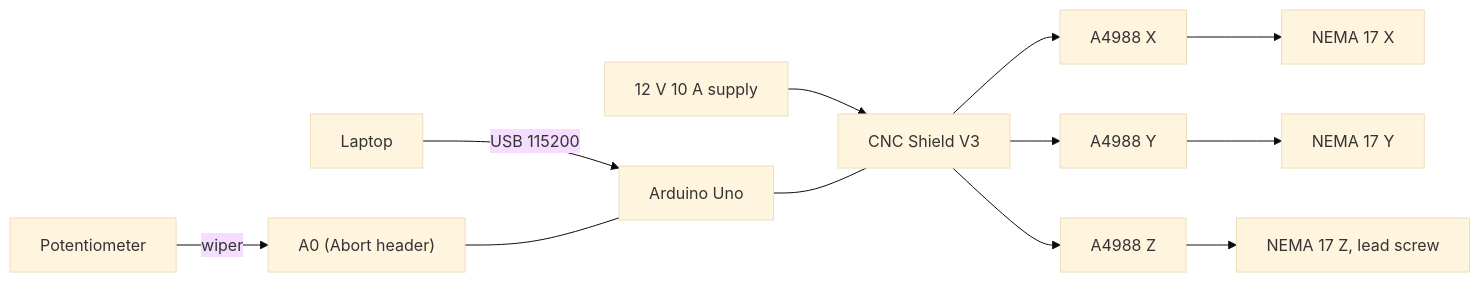
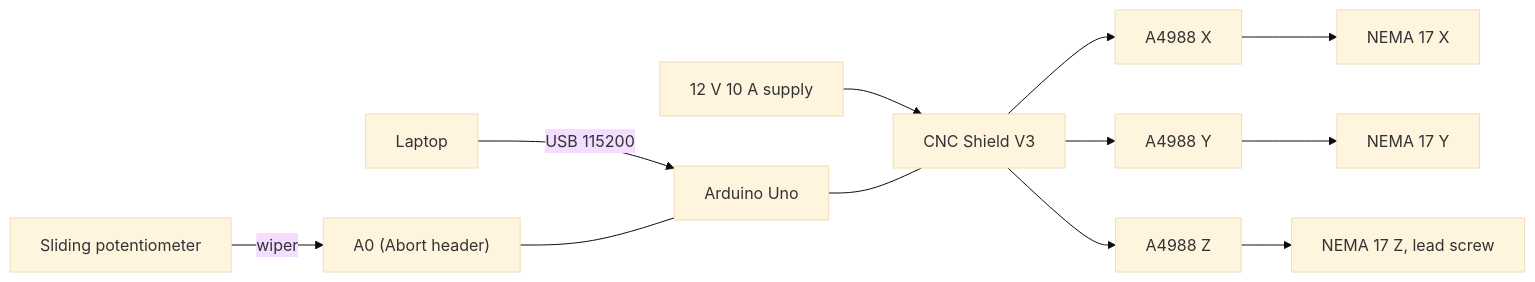
Before and after one commit to Aarav-111/Humanoid-Operating-System: the first of 2 diagrams in README.md, drawn with Mermaid (base theme). The commit also changed other lines of this file and 2 other files, not shown here.

````diff
--- a/README.md
+++ b/README.md
@@ -393,11 +394,11 @@
 ```mermaid
 flowchart LR
     PSU["12 V 10 A supply"] --> SH["CNC Shield V3"]
     LAP["Laptop"] -- "USB 115200" --> UNO["Arduino Uno"]
     UNO --- SH
     SH --> XD["A4988 X"] --> XM["NEMA 17 X"]
     SH --> YD["A4988 Y"] --> YM["NEMA 17 Y"]
     SH --> ZD["A4988 Z"] --> ZM["NEMA 17 Z, lead screw"]
-    POT["Potentiometer"] -- "wiper" --> A0["A0 (Abort header)"]
+    POT["Sliding potentiometer"] -- "wiper" --> A0["A0 (Abort header)"]
     A0 --- UNO
 ```
````
